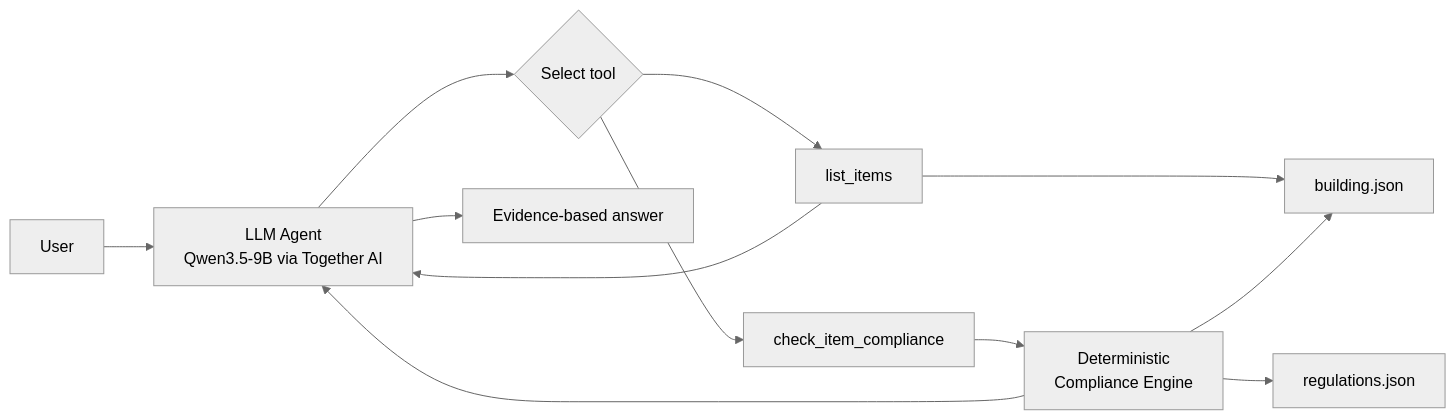
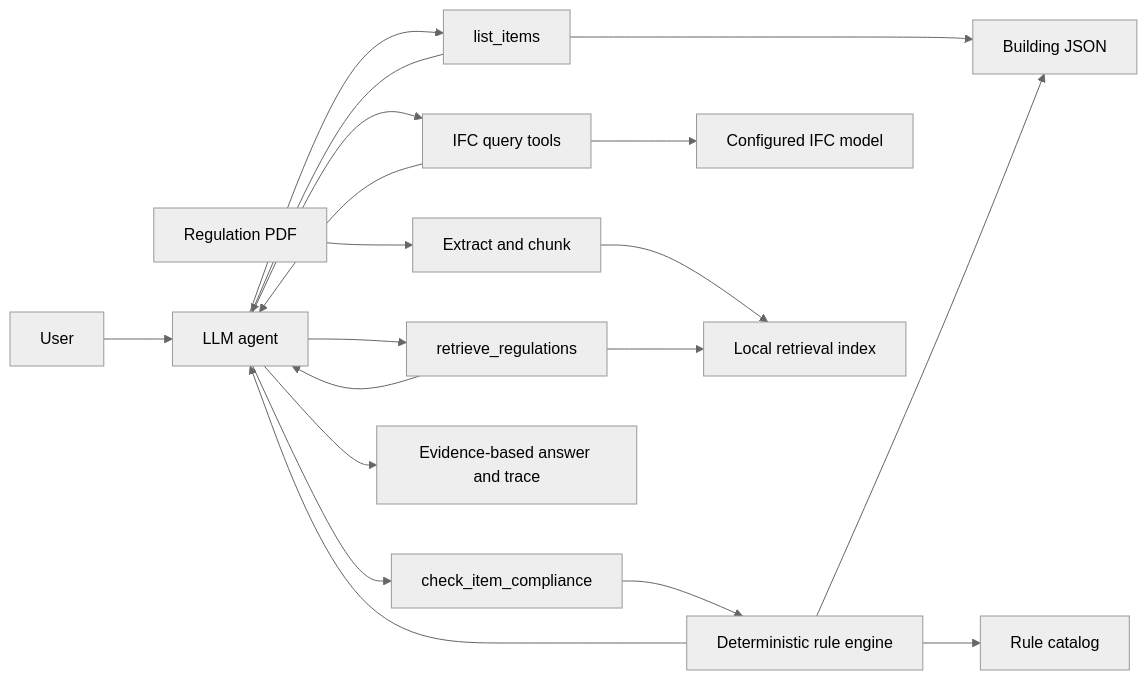
Before and after one commit to xyl0619/mini-aec-compliance-agent: the diagram in README.md, drawn with Mermaid (neutral theme). The commit also changed other lines of this file and 82 other files, not shown here.

Commit message:
Ship engineering-grade AEC compliance agent

````diff
--- a/README.md
+++ b/README.md
@@ -31,14 +49,22 @@
 ```mermaid
 flowchart LR
-    U[User] --> A[LLM Agent<br/>Qwen3.5-9B via Together AI]
-    A --> D{Select tool}
-    D --> L[list_items]
-    D --> C[check_item_compliance]
-    L --> B[building.json]
-    C --> E[Deterministic<br/>Compliance Engine]
-    E --> B
-    E --> R[regulations.json]
+    U[User] --> A[LLM agent]
+    A --> L[list_items]
+    A --> C[check_item_compliance]
+    A --> F[IFC query tools]
+    A --> Q[retrieve_regulations]
+    L --> J[Building JSON]
+    C --> E[Deterministic rule engine]
+    E --> J
+    E --> R[Rule catalog]
     L --> A
     E --> A
-    A --> O[Evidence-based answer]
+    F --> M[Configured IFC model]
+    F --> A
+    A --> O[Evidence-based answer and trace]
+
+    P[Regulation PDF] --> X[Extract and chunk]
+    X --> I[Local retrieval index]
+    Q --> I
+    Q --> A
 ```
````
